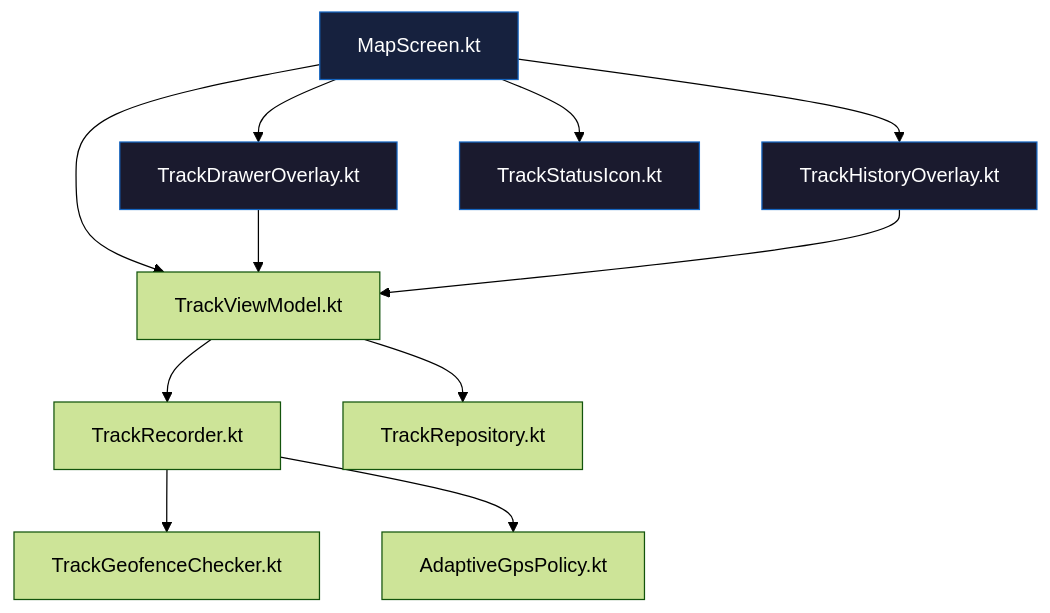
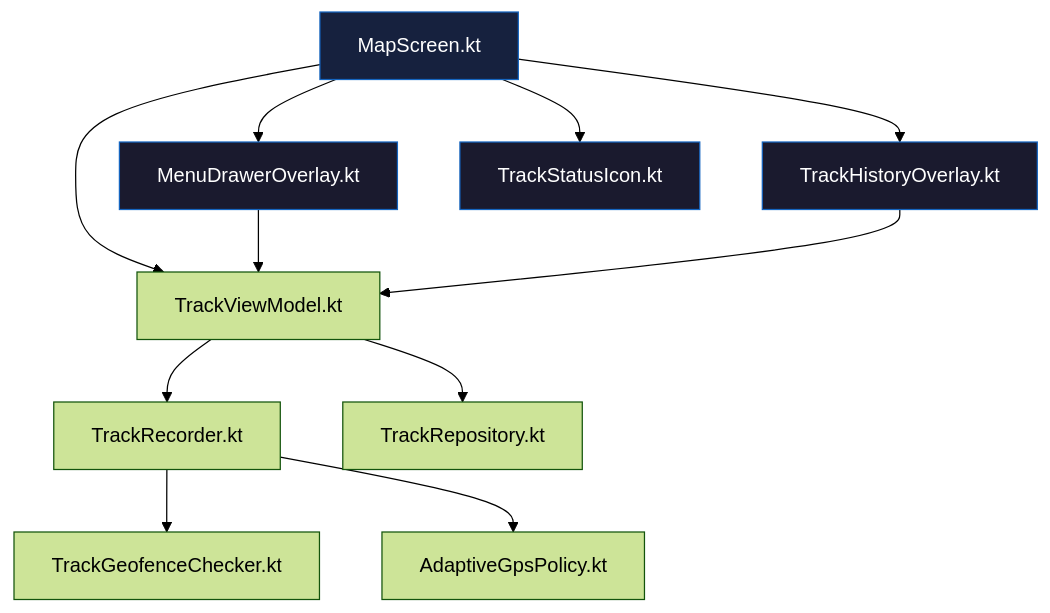
One commit to Acrimonis/Maro-II changed the diagram in plans/boat-trace-ui-refinement-plan.md. Above: the diagram before and after it, drawn with Mermaid (forest theme). The commit also changed other lines of this file and 75 other files, not shown here.

````diff
--- a/plans/boat-trace-ui-refinement-plan.md
+++ b/plans/boat-trace-ui-refinement-plan.md
@@ -144,18 +144,18 @@
 ```mermaid
 flowchart TD
-    MapScreen[MapScreen.kt] --> TrackDrawer[TrackDrawerOverlay.kt]
+    MapScreen[MapScreen.kt] --> TrackDrawer[MenuDrawerOverlay.kt]
     MapScreen --> TrackHistory[TrackHistoryOverlay.kt]
     MapScreen --> TrackStatus[TrackStatusIcon.kt]
     MapScreen --> TrackVM[TrackViewModel.kt]
     TrackDrawer --> TrackVM
     TrackHistory --> TrackVM
     TrackVM --> TrackRecorder[TrackRecorder.kt]
     TrackVM --> TrackRepo[TrackRepository.kt]
     TrackRecorder --> TrackGeofence[TrackGeofenceChecker.kt]
     TrackRecorder --> AdaptiveGPS[AdaptiveGpsPolicy.kt]
 
     style TrackHistory fill:#1a1a2e,stroke:#1565C0,color:#fff
     style TrackDrawer fill:#1a1a2e,stroke:#1565C0,color:#fff
     style TrackStatus fill:#1a1a2e,stroke:#1565C0,color:#fff
     style MapScreen fill:#16213e,stroke:#1565C0,color:#fff
 ```
````
